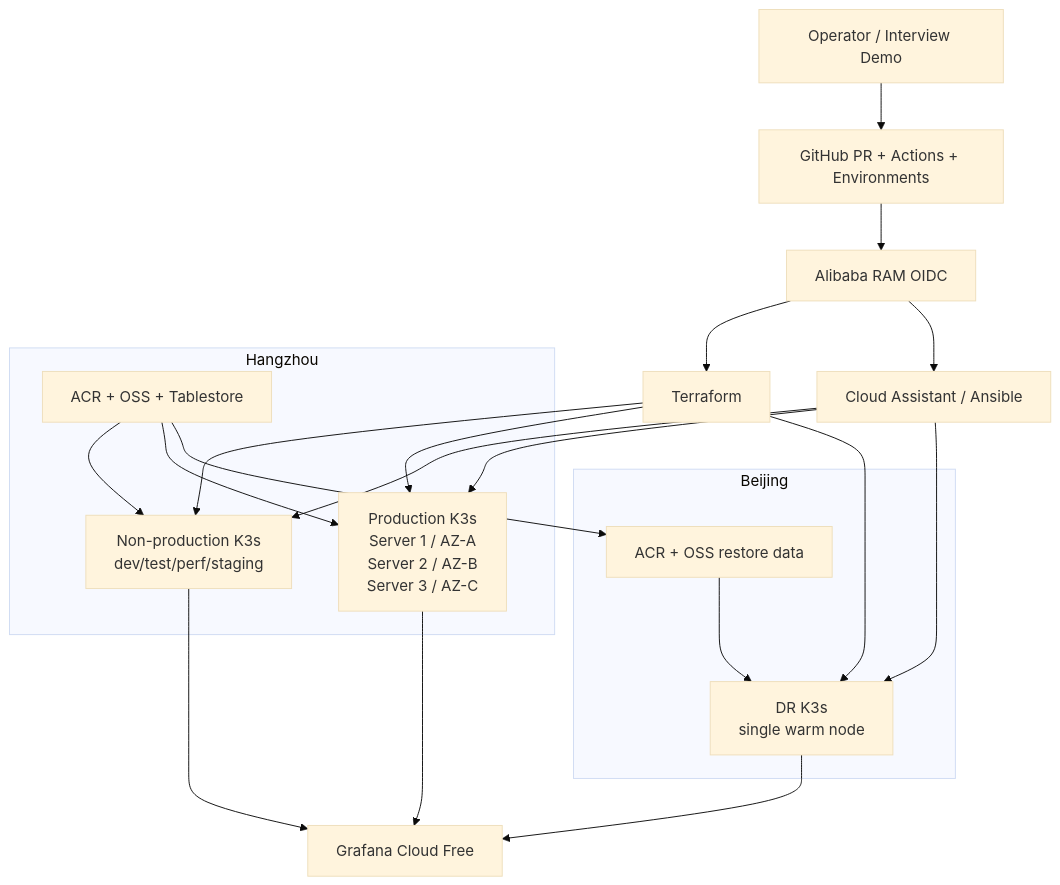
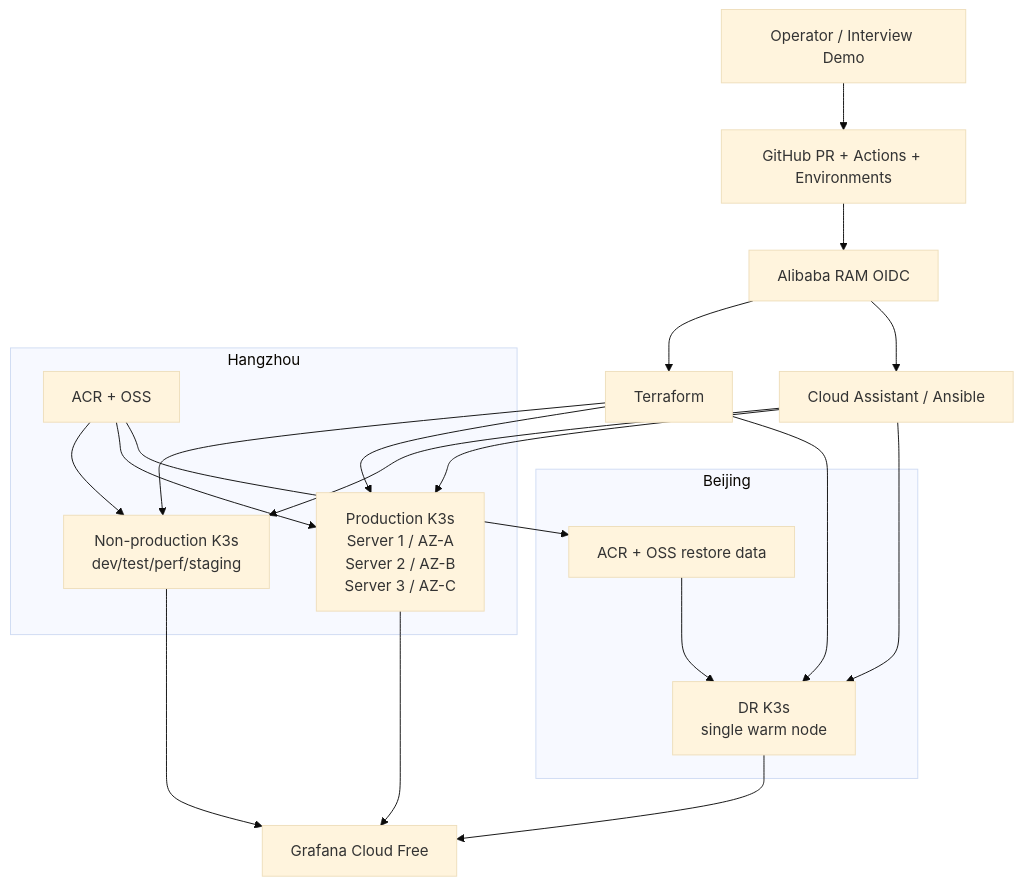
One commit to xxseehome/distributed-trading-platform changed the first of 4 diagrams in docs/architecture.md. Above: the diagram before and after it, drawn with Mermaid (base theme). The commit also changed other lines of this file, not shown here.

Commit message:
refactor(terraform): use OSS state with Actions concurrency

````diff
--- a/docs/architecture.md
+++ b/docs/architecture.md
@@ -11,35 +16,35 @@
 ```mermaid
 flowchart TB
     USER["Operator / Interview Demo"]
     GH["GitHub PR + Actions + Environments"]
     RAM["Alibaba RAM OIDC"]
     TF["Terraform"]
     CA["Cloud Assistant / Ansible"]
     OBS["Grafana Cloud Free"]
 
     USER --> GH --> RAM --> TF
     RAM --> CA
 
     subgraph HZ["Hangzhou"]
         NP["Non-production K3s<br/>dev/test/perf/staging"]
         PROD["Production K3s<br/>Server 1 / AZ-A<br/>Server 2 / AZ-B<br/>Server 3 / AZ-C"]
-        HZDATA["ACR + OSS + Tablestore"]
+        HZDATA["ACR + OSS"]
     end
     subgraph BJ["Beijing"]
         DR["DR K3s<br/>single warm node"]
         BJDATA["ACR + OSS restore data"]
     end
 
     TF --> NP
     TF --> PROD
     TF --> DR
     CA --> NP
     CA --> PROD
     CA --> DR
     HZDATA --> NP
     HZDATA --> PROD
     HZDATA --> BJDATA --> DR
     NP --> OBS
     PROD --> OBS
     DR --> OBS
 ```
````
